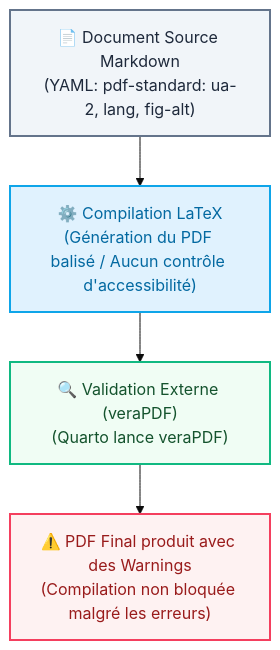
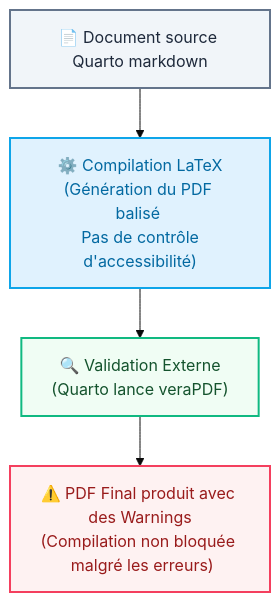
The first of 2 diagrams in accessibilité_presentation_longue.qmd (cregouby/RR_2026), drawn with Mermaid (base theme) before and after one commit. The commit also changed other lines of this file and 2 other files, not shown here.

Commit message:
70% accessibilité

````diff
--- a/accessibilité_presentation_longue.qmd
+++ b/accessibilité_presentation_longue.qmd
@@ -116,17 +263,17 @@
 ```{mermaid}
 flowchart TD
-    A["📄 Document Source Markdown<br/>(YAML: pdf-standard: ua-2, lang, fig-alt)"]
-    B["⚙️ Compilation LaTeX<br/>(Génération du PDF balisé / Aucun contrôle d'accessibilité)"]
-    C["🔍 Validation Externe (veraPDF)<br/>(Quarto lance veraPDF)"]
-    D["⚠️ PDF Final produit avec des Warnings<br/>(Compilation non bloquée malgré les erreurs)"]
+    A["📄 Document source Quarto markdown"]
+    B["⚙️ Compilation LaTeX<br/>(Génération du PDF balisé <br/> Pas de contrôle d'accessibilité)"]
+    C["🔍 Validation Externe <br/>(Quarto lance veraPDF)"]
+    D["⚠️ PDF Final produit avec des Warnings<br/>(Compilation non bloquée <br/> malgré les erreurs)"]
 
     A --> B
     B --> C
     C --> D
 
     %% Personnalisation des styles
     style A fill:#f1f5f9,stroke:#64748b,stroke-width:2px,color:#1e293b
     style B fill:#e0f2fe,stroke:#0ea5e9,stroke-width:2px,color:#0369a1
     style C fill:#f0fdf4,stroke:#10b981,stroke-width:2px,color:#14532d
     style D fill:#fef2f2,stroke:#f43f5e,stroke-width:2px,color:#991b1b
 ```
````
